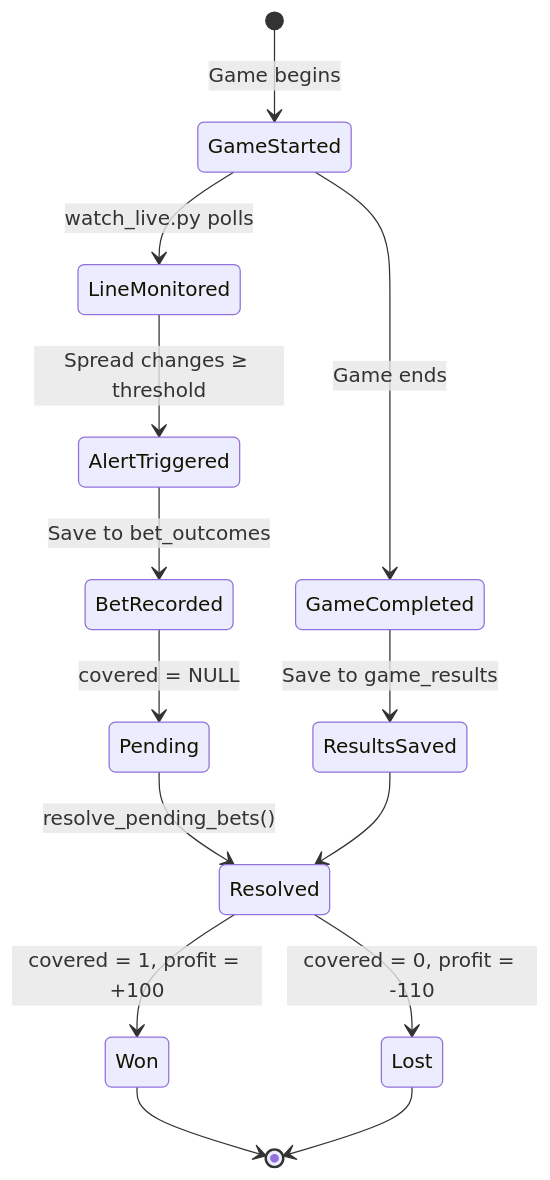
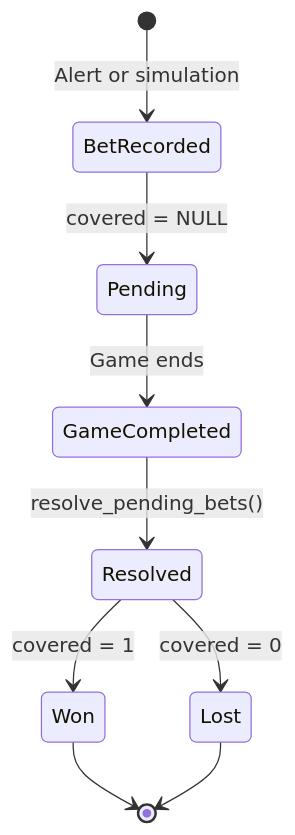
One commit to jordangalexander/live-odds-monitor changed the third of 3 diagrams in docs/database/data-flow.md. Above: the diagram before and after it, drawn with Mermaid. The commit also changed other lines of this file and 8 other files, not shown here.

````diff
--- a/docs/database/data-flow.md
+++ b/docs/database/data-flow.md
@@ -153,22 +84,15 @@
 ```mermaid
 stateDiagram-v2
-    [*] --> GameStarted: Game begins
-    
-    GameStarted --> LineMonitored: watch_live.py polls
-    LineMonitored --> AlertTriggered: Spread changes ≥ threshold
-    AlertTriggered --> BetRecorded: Save to bet_outcomes
+    [*] --> BetRecorded: Alert or simulation
     
     BetRecorded --> Pending: covered = NULL
+    Pending --> GameCompleted: Game ends
     
-    GameStarted --> GameCompleted: Game ends
-    GameCompleted --> ResultsSaved: Save to game_results
+    GameCompleted --> Resolved: resolve_pending_bets()
     
-    Pending --> Resolved: resolve_pending_bets()
-    ResultsSaved --> Resolved
-    
-    Resolved --> Won: covered = 1, profit = +100
-    Resolved --> Lost: covered = 0, profit = -110
+    Resolved --> Won: covered = 1
+    Resolved --> Lost: covered = 0
     
     Won --> [*]
     Lost --> [*]
 ```
````
